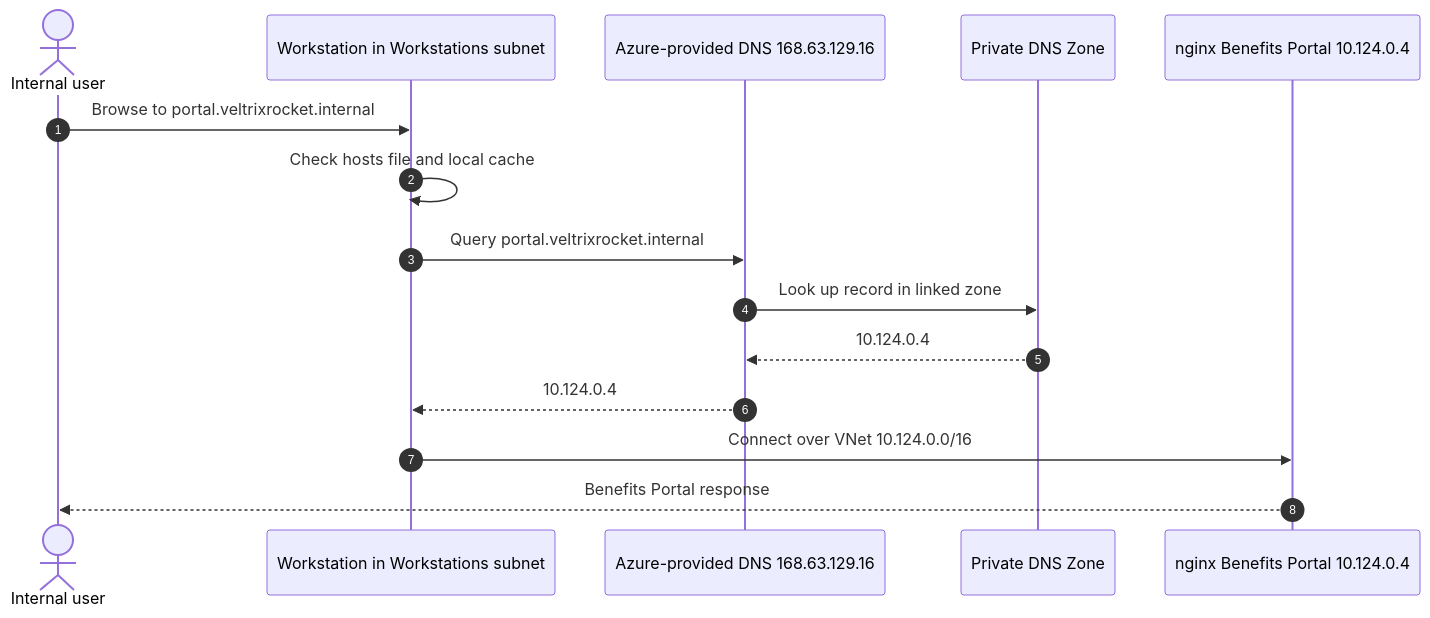
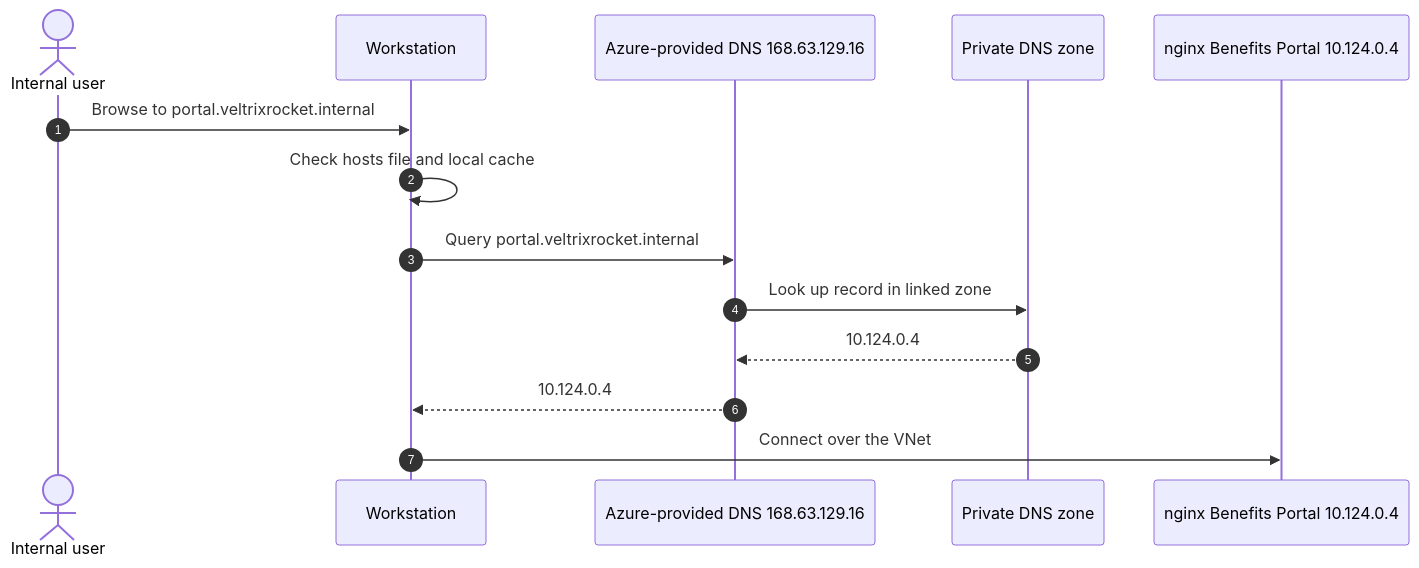
One commit to aniket-devop/enterprise-dns-architecture changed the third of 5 diagrams in README.md. Above: the diagram before and after it, drawn with Mermaid. The commit also changed other lines of this file, not shown here.

Commit message:
docs: finalize Azure DNS architecture documentation

````diff
--- a/README.md
+++ b/README.md
@@ -228,18 +199,17 @@
 ```mermaid
 sequenceDiagram
     autonumber
     actor User as Internal user
-    participant WS as Workstation in Workstations subnet
+    participant WS as Workstation
     participant AzDNS as Azure-provided DNS 168.63.129.16
-    participant PDZ as Private DNS Zone
+    participant PDZ as Private DNS zone
     participant Web as nginx Benefits Portal 10.124.0.4
 
     User->>WS: Browse to portal.veltrixrocket.internal
     WS->>WS: Check hosts file and local cache
     WS->>AzDNS: Query portal.veltrixrocket.internal
     AzDNS->>PDZ: Look up record in linked zone
     PDZ-->>AzDNS: 10.124.0.4
     AzDNS-->>WS: 10.124.0.4
-    WS->>Web: Connect over VNet 10.124.0.0/16
-    Web-->>User: Benefits Portal response
+    WS->>Web: Connect over the VNet
 ```
````
